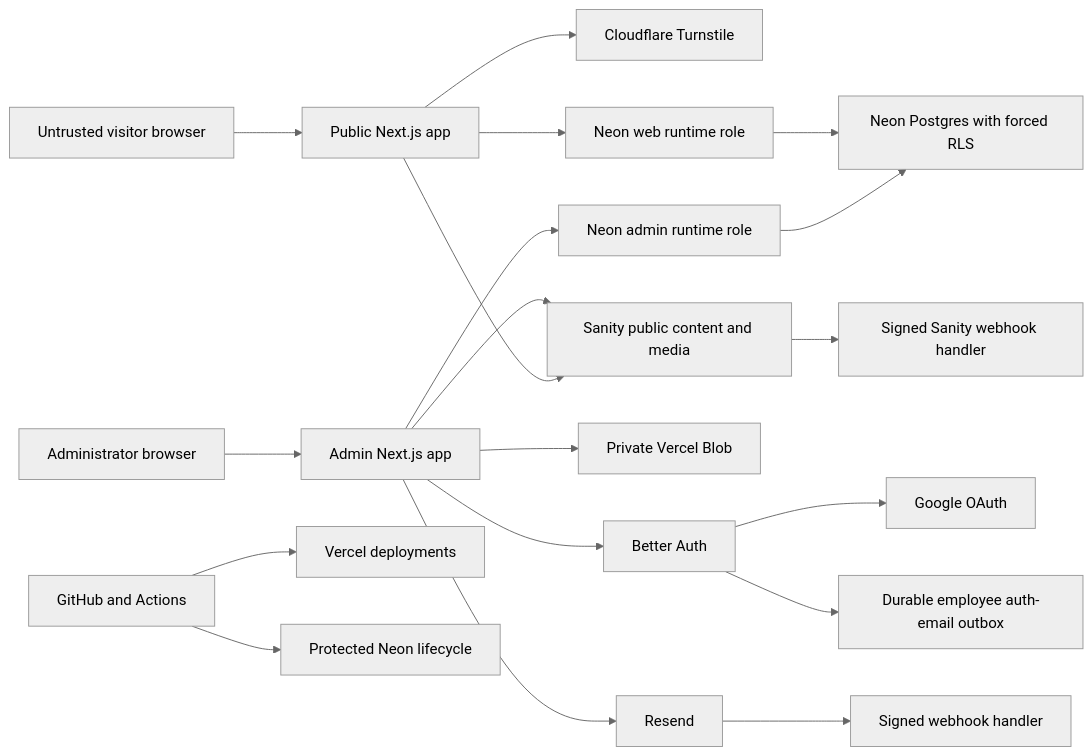
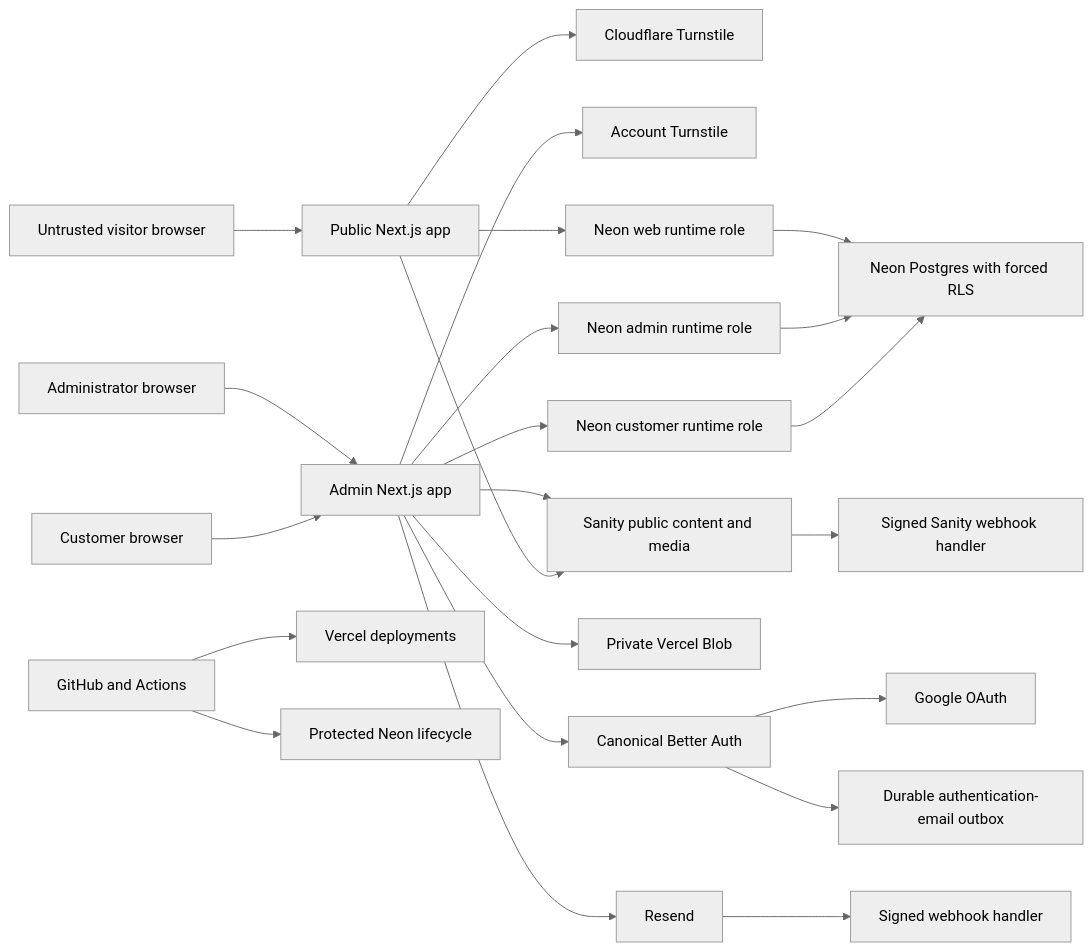
One commit to shapewebs/shapewebs-platform changed the first of 2 diagrams in docs/security/threat-model.md. Above: the diagram before and after it, drawn with Mermaid (neutral theme). The commit also changed other lines of this file and 409 other files, not shown here.

````diff
--- a/docs/security/threat-model.md
+++ b/docs/security/threat-model.md
@@ -10,21 +10,25 @@
 ```mermaid
 flowchart LR
   Visitor["Untrusted visitor browser"] --> Web["Public Next.js app"]
   Administrator["Administrator browser"] --> Admin["Admin Next.js app"]
+  Customer["Customer browser"] --> Admin
   Web --> Turnstile["Cloudflare Turnstile"]
+  Admin --> AccountTurnstile["Account Turnstile"]
   Web --> NeonWeb["Neon web runtime role"]
-  Admin --> BetterAuth["Better Auth"]
+  Admin --> BetterAuth["Canonical Better Auth"]
   BetterAuth --> Google["Google OAuth"]
-  BetterAuth --> AdminAuthOutbox["Durable employee auth-email outbox"]
+  BetterAuth --> AuthOutbox["Durable authentication-email outbox"]
   Admin --> NeonAdmin["Neon admin runtime role"]
+  Admin --> NeonCustomer["Neon customer runtime role"]
   Admin --> Blob["Private Vercel Blob"]
   Admin --> Sanity["Sanity public content and media"]
   Sanity --> SanityWebhook["Signed Sanity webhook handler"]
   Web --> Sanity
   Admin --> Resend["Resend"]
   Resend --> Webhook["Signed webhook handler"]
   GitHub["GitHub and Actions"] --> Vercel["Vercel deployments"]
   GitHub --> NeonControl["Protected Neon lifecycle"]
   NeonWeb --> Database["Neon Postgres with forced RLS"]
   NeonAdmin --> Database
+  NeonCustomer --> Database
 ```
````
